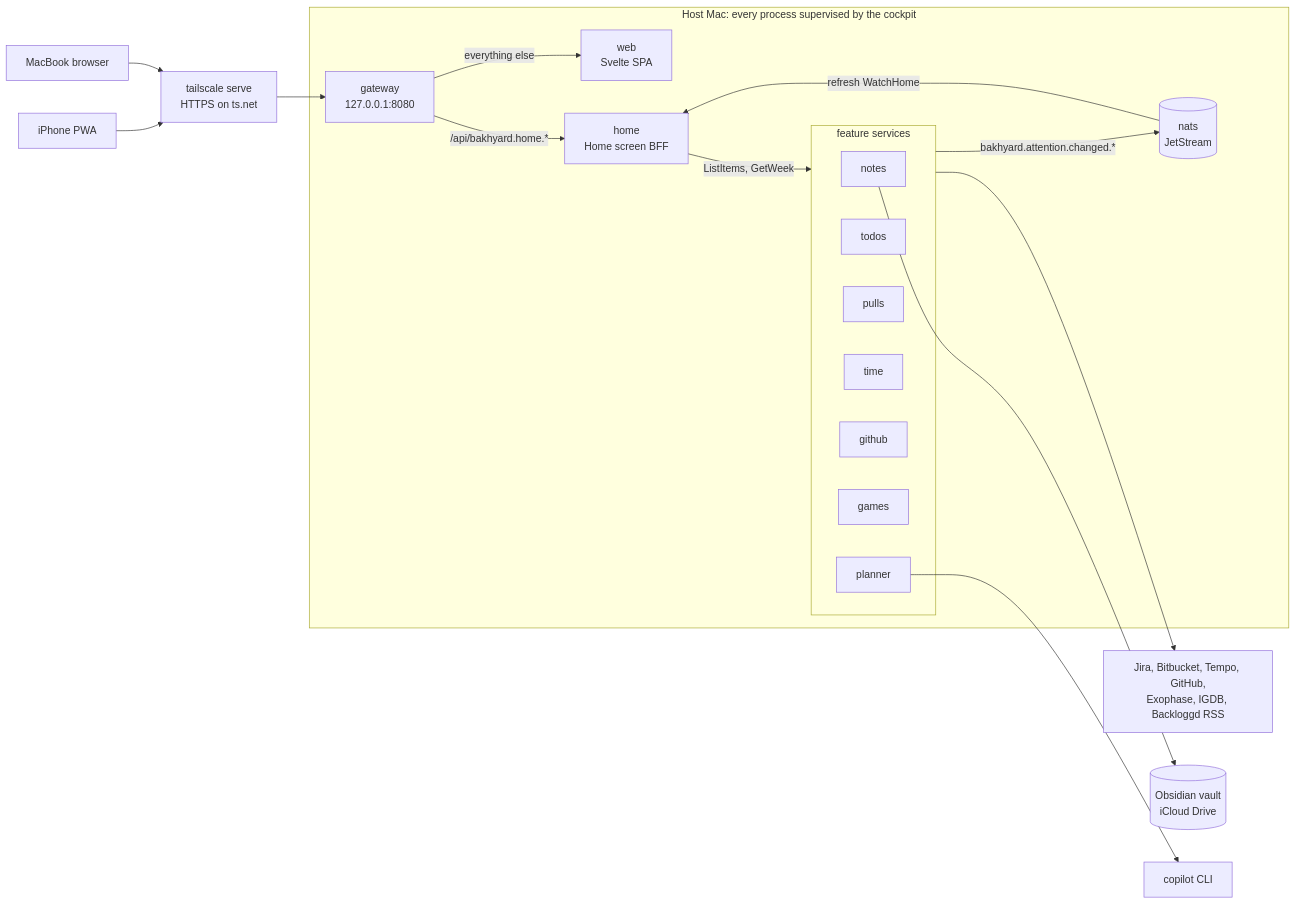
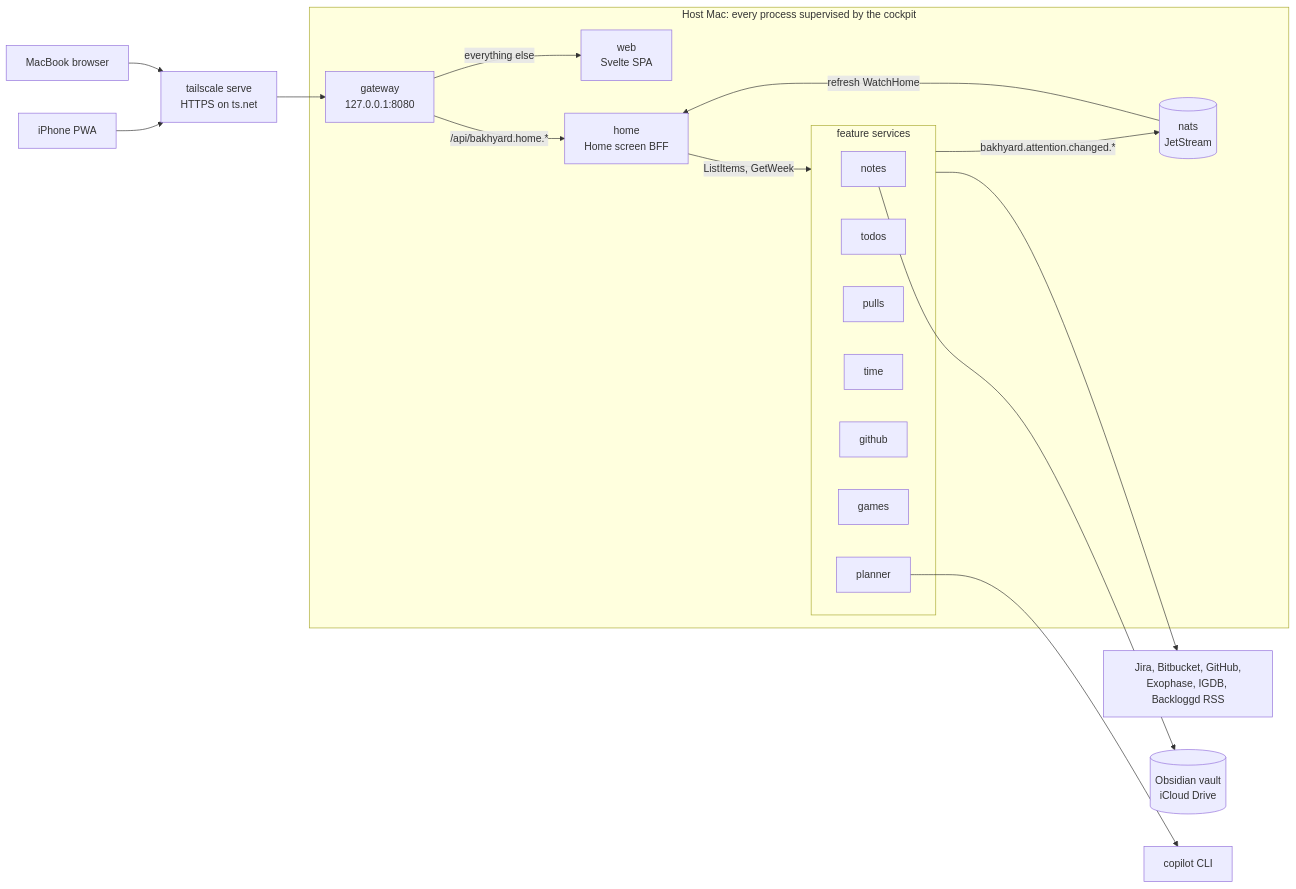
Before and after one commit to codedogapp/bakhyard: the diagram in docs/plan.md, drawn with Mermaid. The commit also changed other lines of this file and 7 other files, not shown here.

````diff
--- a/docs/plan.md
+++ b/docs/plan.md
@@ -180,38 +180,38 @@
 ```mermaid
 flowchart LR
     phone["iPhone PWA"]
     mac["MacBook browser"]
     serve["tailscale serve<br/>HTTPS on ts.net"]
 
     subgraph host["Host Mac: every process supervised by the cockpit"]
         gateway["gateway<br/>127.0.0.1:8080"]
         web["web<br/>Svelte SPA"]
         home["home<br/>Home screen BFF"]
         nats[("nats<br/>JetStream")]
         subgraph features["feature services"]
             notes["notes"]
             todos["todos"]
             pulls["pulls"]
             timesvc["time"]
             github["github"]
             games["games"]
             planner["planner"]
         end
     end
 
-    apis["Jira, Bitbucket, Tempo, GitHub,<br/>Exophase, IGDB, Backloggd RSS"]
+    apis["Jira, Bitbucket, GitHub,<br/>Exophase, IGDB, Backloggd RSS"]
     vault[("Obsidian vault<br/>iCloud Drive")]
     copilot["copilot CLI"]
 
     phone --> serve
     mac --> serve
     serve --> gateway
     gateway -->|"/api/bakhyard.home.*"| home
     gateway -->|"everything else"| web
     home -->|"ListItems, GetWeek"| features
     features -->|"bakhyard.attention.changed.*"| nats
     nats -->|"refresh WatchHome"| home
     features --> apis
     notes --> vault
     planner --> copilot
 ```
````
